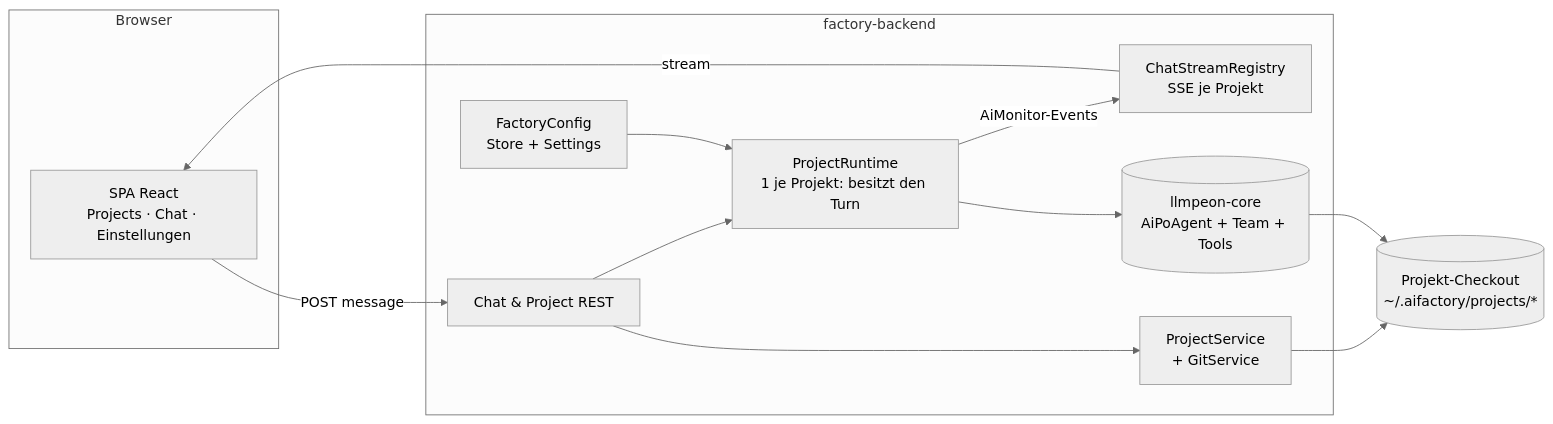
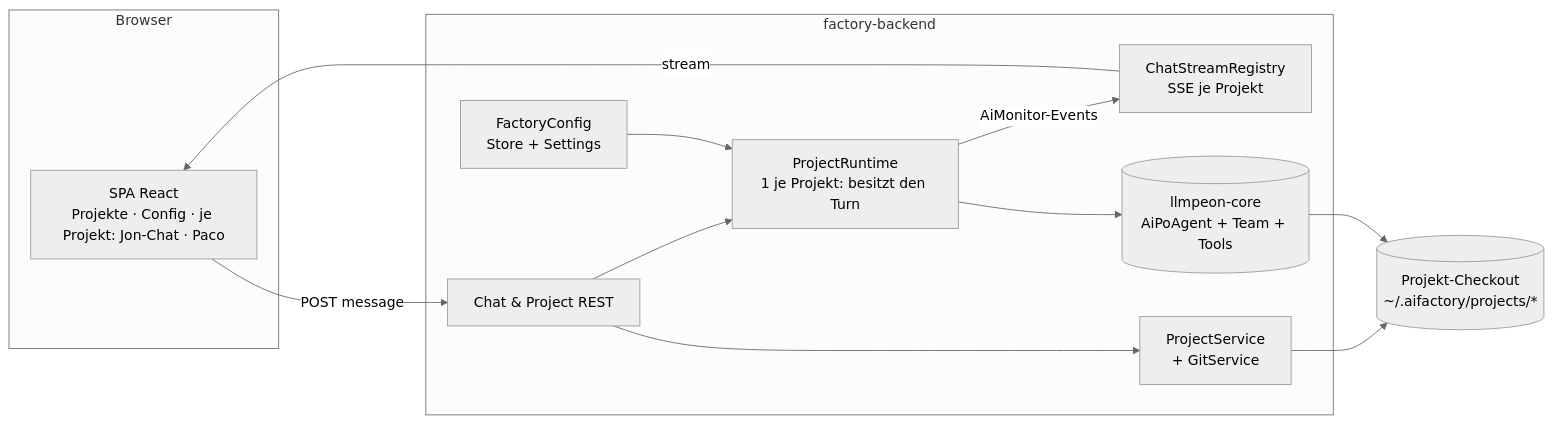
The first of 5 diagrams in aifactory/docs/aifactory-architektur.md (sterlp/eclipse-peon-ai), drawn with Mermaid (neutral theme) before and after one commit. The commit also changed other lines of this file and 27 other files, not shown here.

````diff
--- a/aifactory/docs/aifactory-architektur.md
+++ b/aifactory/docs/aifactory-architektur.md
@@ -19,20 +20,20 @@
 ```mermaid
 flowchart LR
   subgraph Browser
-    UI[SPA React<br/>Projects · Chat · Einstellungen]
+    UI[SPA React<br/>Projekte · Config · je Projekt: Jon-Chat · Paco]
   end
   subgraph factory-backend
     REST[Chat & Project REST]
     SSE[ChatStreamRegistry<br/>SSE je Projekt]
     PRJ[ProjectService<br/>+ GitService]
     RUN[ProjectRuntime<br/>1 je Projekt: besitzt den Turn]
     CFG[FactoryConfig<br/>Store + Settings]
     CORE[(llmpeon-core<br/>AiPoAgent + Team + Tools)]
   end
   DISK[(Projekt-Checkout<br/>~/.aifactory/projects/*)]
   UI -->|POST message| REST --> RUN
   RUN -->|AiMonitor-Events| SSE -->|stream| UI
   REST --> PRJ --> DISK
   RUN --> CORE --> DISK
   CFG --> RUN
 ```
````
